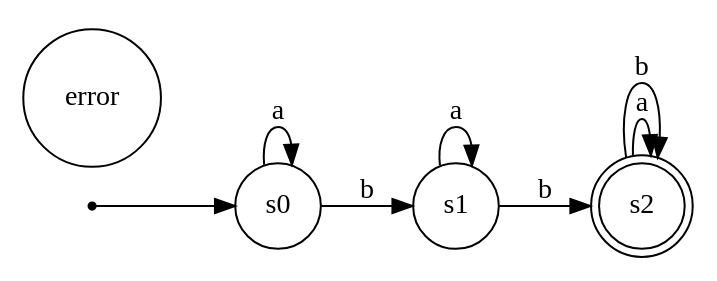
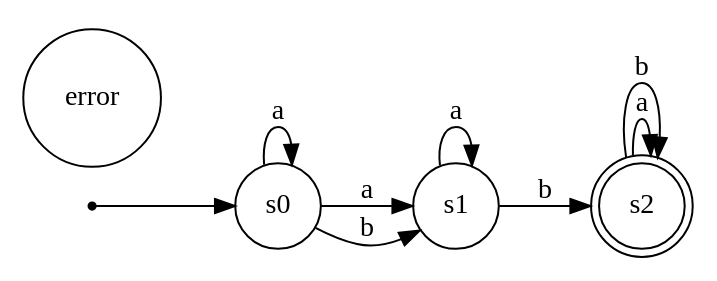
Before and after one commit to lukaz-r/AFD-animator: the diagram in dotfiles/arq_.dot, drawn with Graphviz. The commit also changed 19 other files, not shown here.

```diff
--- a/dotfiles/arq_.dot
+++ b/dotfiles/arq_.dot
@@ -1,18 +1,19 @@
 digraph maquina_de_estados { 
 	rankdir=LR;
 	size="10"
 	node [shape = doublecircle];
 	s2
 	node [shape = point];
 	p
 	node [shape = circle];
 	error [style=filled, fillcolor=white];
 	p -> s0
 	node [shape = circle];
 	s0 -> s0 [label = "a"][color=black];
+	s0 -> s1 [label = "a"][color=black];
 	s0 -> s1 [label = "b"][color=black];
 	s1 -> s1 [label = "a"][color=black];
 	s1 -> s2 [label = "b"][color=black];
 	s2 -> s2 [label = "a"][color=black];
 	s2 -> s2 [label = "b"][color=black];
 	}
```
